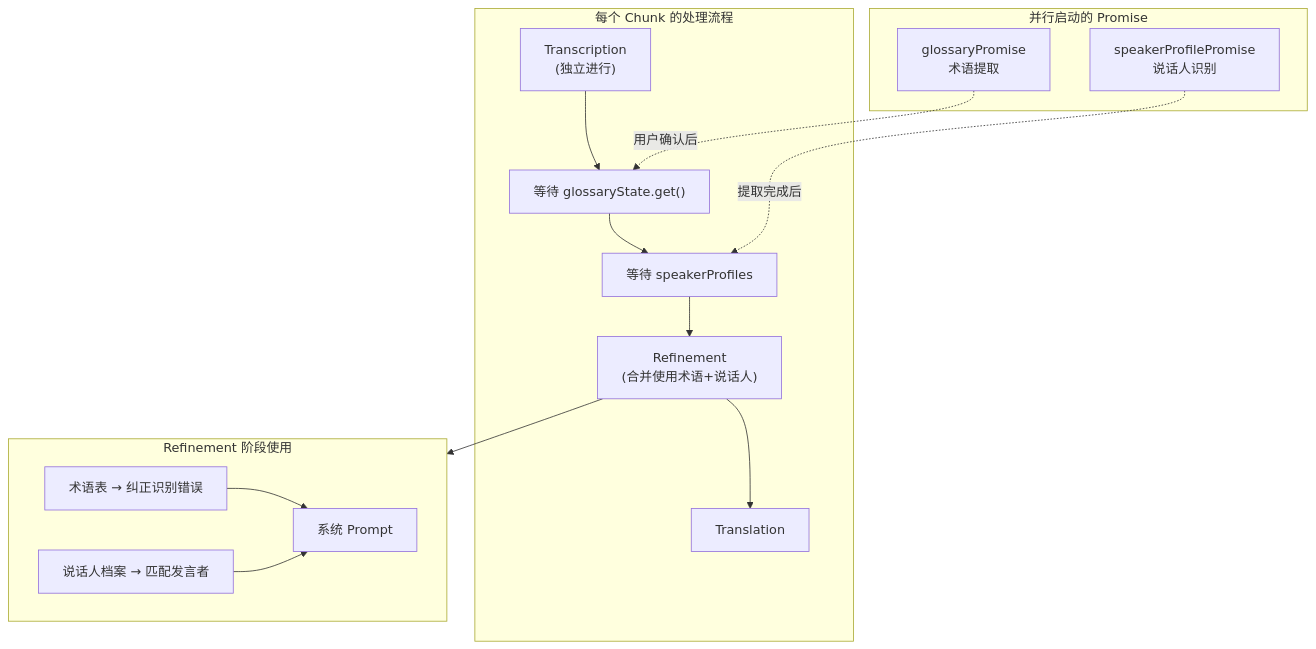
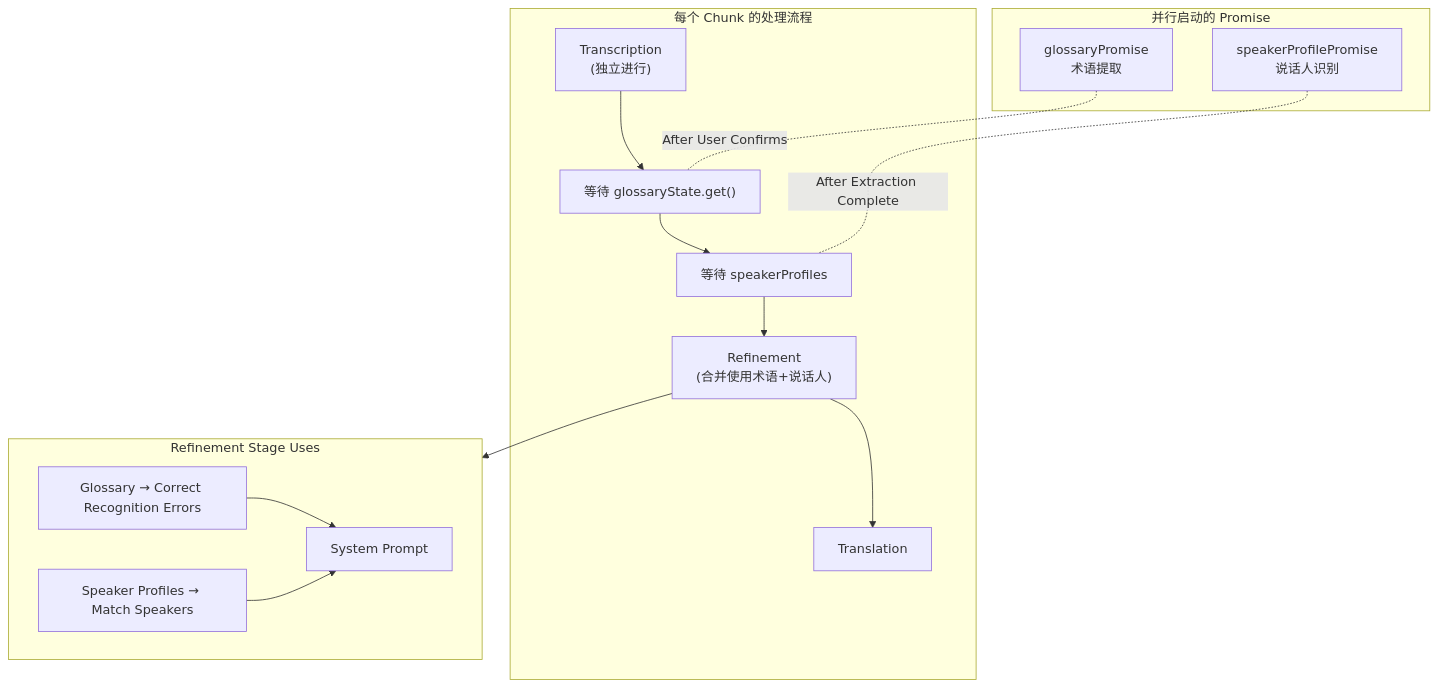
Before and after one commit to corvo007/Gemini-Subtitle-Pro: the eighth of 15 diagrams in docs/ARCHITECTURE_zh.md, drawn with Mermaid. The commit also changed other lines of this file and 3 other files, not shown here.

First line of the commit message:
docs: update architecture with reconciler and CTC aligner

````diff
--- a/docs/ARCHITECTURE_zh.md
+++ b/docs/ARCHITECTURE_zh.md
@@ -652,32 +707,32 @@
 ```mermaid
 flowchart TB
     subgraph PARALLEL["并行启动的 Promise"]
         GP["glossaryPromise<br/>术语提取"]
         SP["speakerProfilePromise<br/>说话人识别"]
     end
 
     subgraph CHUNK["每个 Chunk 的处理流程"]
         T["Transcription<br/>(独立进行)"]
         WG["等待 glossaryState.get()"]
         WS["等待 speakerProfiles"]
         R["Refinement<br/>(合并使用术语+说话人)"]
         TR["Translation"]
 
         T --> WG
         WG --> WS
         WS --> R
         R --> TR
     end
 
-    GP -.->|"用户确认后"| WG
-    SP -.->|"提取完成后"| WS
+    GP -.-|"After User Confirms"| WG
+    SP -.-|"After Extraction Complete"| WS
 
-    subgraph REFINEMENT["Refinement 阶段使用"]
-        G["术语表 → 纠正识别错误"]
-        S["说话人档案 → 匹配发言者"]
-        G --> PROMPT["系统 Prompt"]
+    subgraph REFINEMENT["Refinement Stage Uses"]
+        G["Glossary → Correct Recognition Errors"]
+        S["Speaker Profiles → Match Speakers"]
+        G --> PROMPT["System Prompt"]
         S --> PROMPT
     end
 
     R --> REFINEMENT
 ```
````
